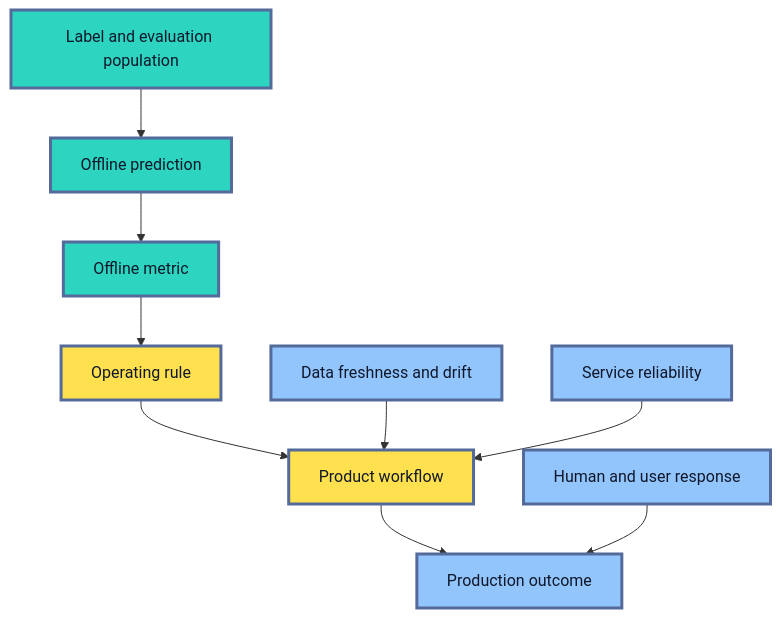
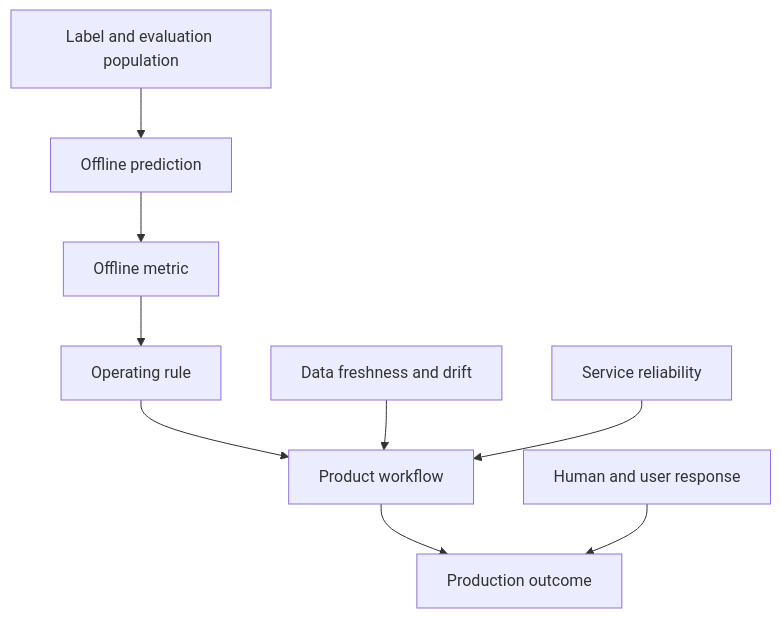
One commit to senlinyy/dev-roadmaps changed the second of 2 diagrams in roadmaps/mlops/modules/model-evaluation/offline-evaluation/01-choosing-evaluation-metric.md. Above: the diagram before and after it, drawn with Mermaid. The commit also changed other lines of this file and 152 other files, not shown here.

Commit message:
feat: mlops and diagrams updated

````diff
--- a/roadmaps/mlops/modules/model-evaluation/offline-evaluation/01-choosing-evaluation-metric.md
+++ b/roadmaps/mlops/modules/model-evaluation/offline-evaluation/01-choosing-evaluation-metric.md
@@ -263,19 +260,16 @@
 ```mermaid
 flowchart TD
     L["Label and evaluation population"] --> P["Offline prediction"]
     P --> M["Offline metric"]
     M --> R["Operating rule"]
     R --> W["Product workflow"]
     W --> O["Production outcome"]
 
     D["Data freshness and drift"] --> W
     S["Service reliability"] --> W
     H["Human and user response"] --> O
 
-    classDef offline fill:#2DD4BF,stroke:#536A9A,stroke-width:3px,color:#0F172A
-    classDef decision fill:#FFE04F,stroke:#536A9A,stroke-width:3px,color:#111827
-    classDef production fill:#93C5FD,stroke:#536A9A,stroke-width:3px,color:#0F172A
     class L,P,M offline
     class R,W decision
     class O,D,S,H production
 ```
````
